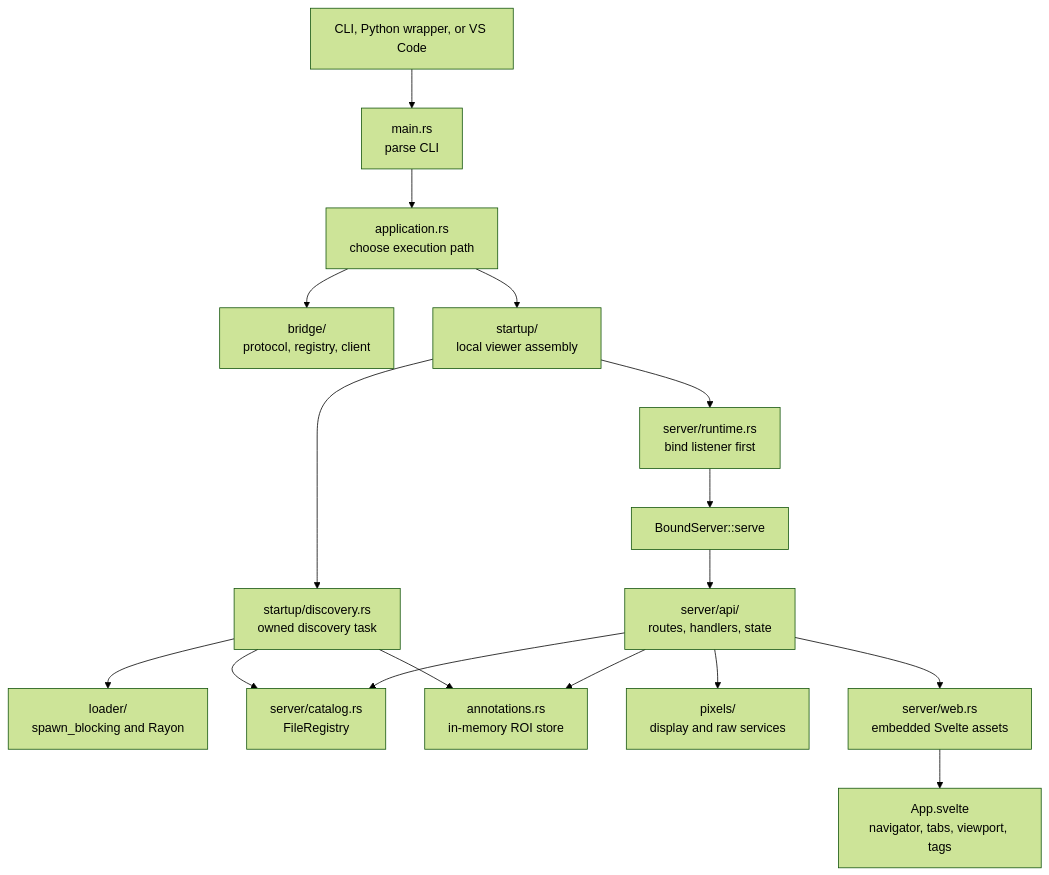
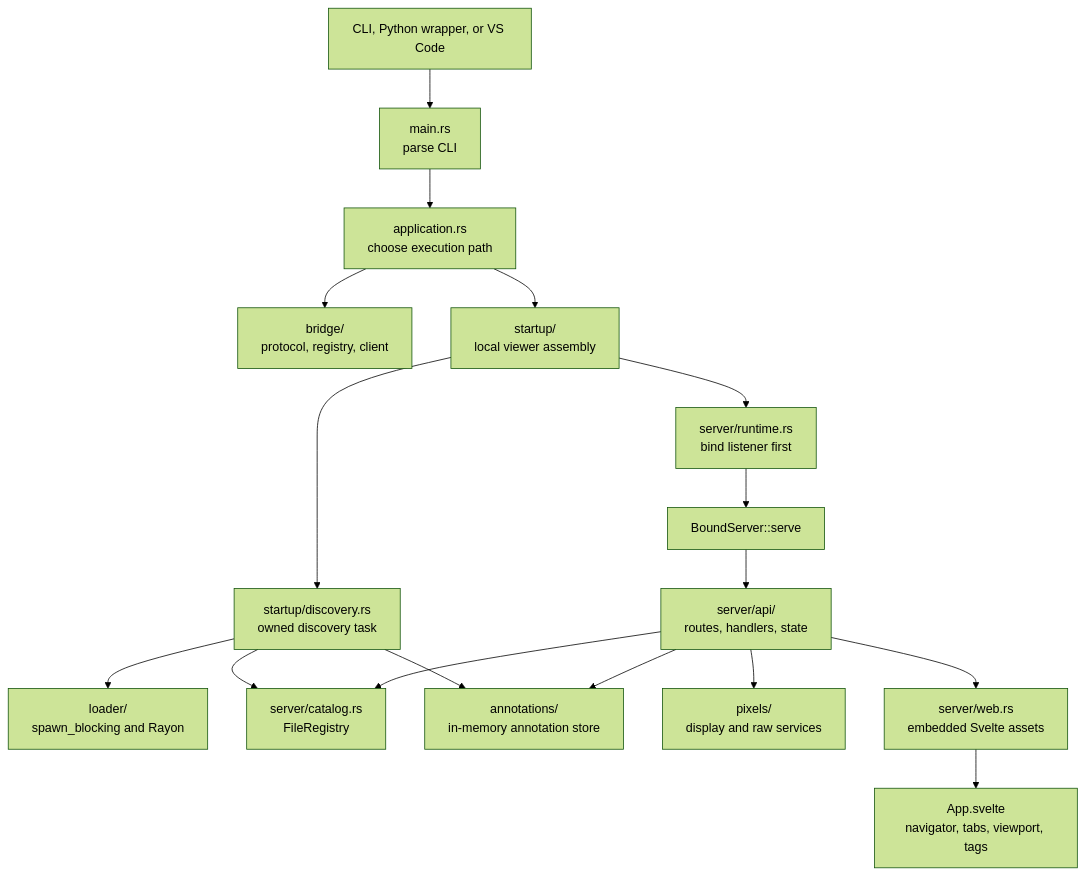
One commit to dcmview/dcmview changed the first of 4 diagrams in docs/architecture.md. Above: the diagram before and after it, drawn with Mermaid (forest theme). The commit also changed other lines of this file and 3 other files, not shown here.

First line of the commit message:
docs(annotations): describe the annotation store and its endpoint

````diff
--- a/docs/architecture.md
+++ b/docs/architecture.md
@@ -80,19 +81,19 @@
 ```mermaid
 flowchart TD
     launch["CLI, Python wrapper, or VS Code"] --> main["main.rs<br/>parse CLI"]
     main --> app["application.rs<br/>choose execution path"]
     app --> bridge["bridge/<br/>protocol, registry, client"]
     app --> startup["startup/<br/>local viewer assembly"]
     startup --> bind["server/runtime.rs<br/>bind listener first"]
     startup --> discovery["startup/discovery.rs<br/>owned discovery task"]
     discovery --> loader["loader/<br/>spawn_blocking and Rayon"]
     discovery --> registry["server/catalog.rs<br/>FileRegistry"]
-    discovery --> annotations["annotations.rs<br/>in-memory ROI store"]
+    discovery --> annotations["annotations/<br/>in-memory annotation store"]
     bind --> runtime["BoundServer::serve"]
     runtime --> router["server/api/<br/>routes, handlers, state"]
     router --> pixels["pixels/<br/>display and raw services"]
     router --> registry
     router --> annotations
     router --> web["server/web.rs<br/>embedded Svelte assets"]
     web --> ui["App.svelte<br/>navigator, tabs, viewport, tags"]
 ```
````
